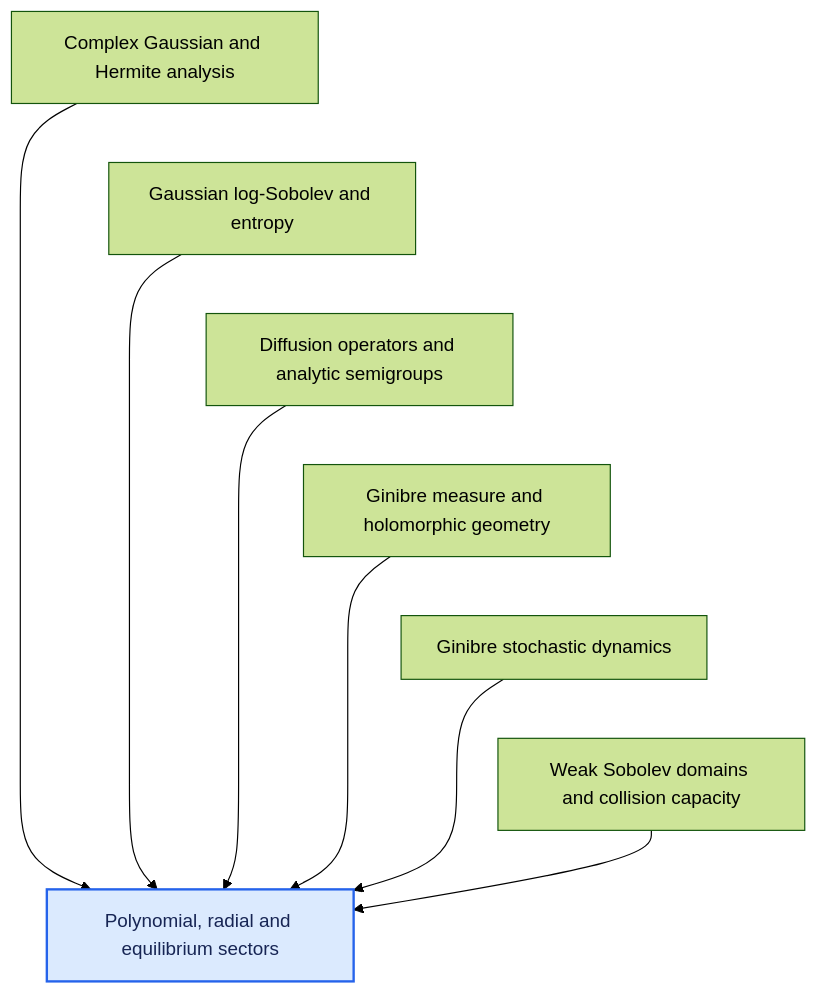
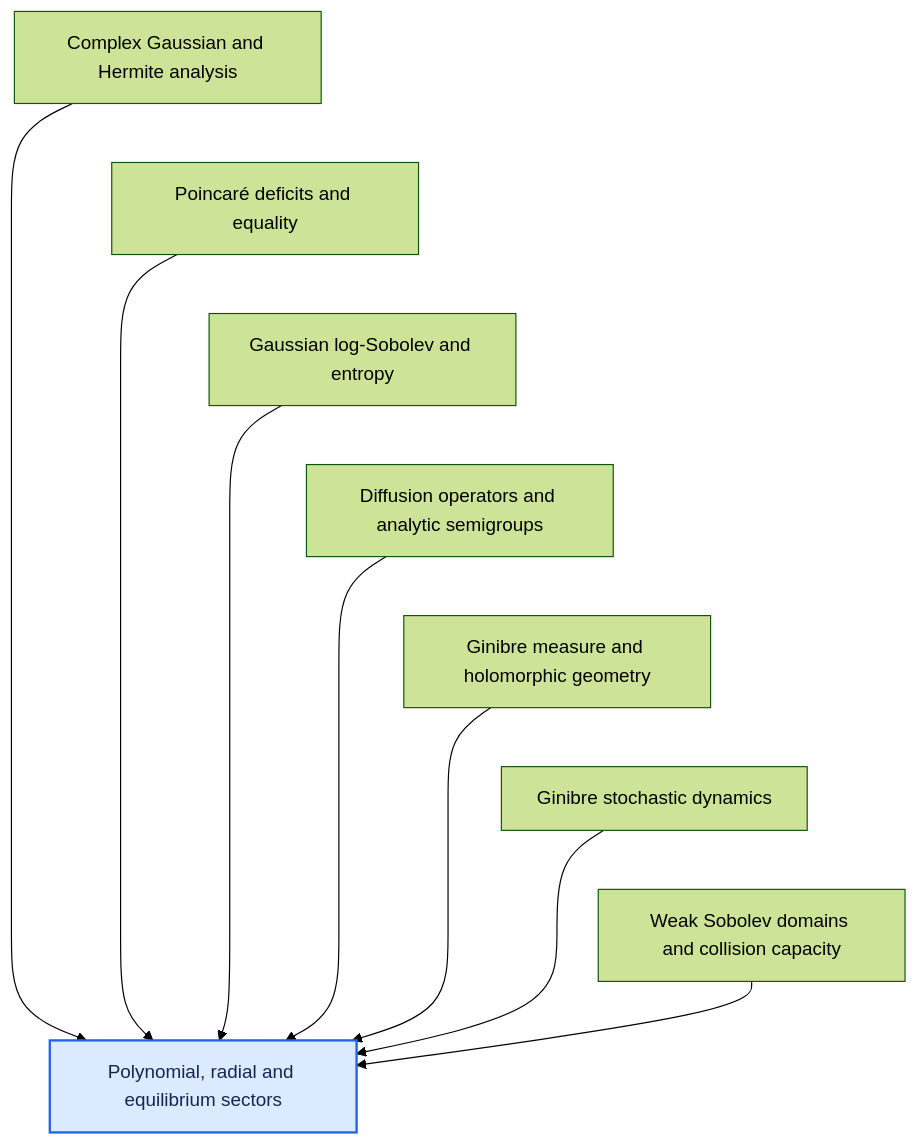
The sixth of 12 diagrams in DEPENDENCIES.md (djalilchafai/ginibre-poincare), drawn with Mermaid (forest theme) before and after one commit. The commit also changed other lines of this file and 418 other files, not shown here.

````diff
--- a/DEPENDENCIES.md
+++ b/DEPENDENCIES.md
@@ -162,16 +170,18 @@
 ```mermaid
 flowchart TB
   ComplexGaussianHermite["Complex Gaussian and Hermite analysis"] --> PolynomialRadial["Polynomial, radial and equilibrium sectors"]
+  DeficitsEquality["Poincaré deficits and equality"] --> PolynomialRadial["Polynomial, radial and equilibrium sectors"]
   GaussianLSI["Gaussian log-Sobolev and entropy"] --> PolynomialRadial["Polynomial, radial and equilibrium sectors"]
   GeneratorSemigroup["Diffusion operators and analytic semigroups"] --> PolynomialRadial["Polynomial, radial and equilibrium sectors"]
   GinibreMeasureGeometry["Ginibre measure and holomorphic geometry"] --> PolynomialRadial["Polynomial, radial and equilibrium sectors"]
   StochasticDynamics["Ginibre stochastic dynamics"] --> PolynomialRadial["Polynomial, radial and equilibrium sectors"]
   WeakSobolev["Weak Sobolev domains and collision capacity"] --> PolynomialRadial["Polynomial, radial and equilibrium sectors"]
-  ComplexGaussianHermite ~~~ GaussianLSI
+  ComplexGaussianHermite ~~~ DeficitsEquality
+  DeficitsEquality ~~~ GaussianLSI
   GaussianLSI ~~~ GeneratorSemigroup
   GeneratorSemigroup ~~~ GinibreMeasureGeometry
   GinibreMeasureGeometry ~~~ StochasticDynamics
   StochasticDynamics ~~~ WeakSobolev
   classDef target fill:#dbeafe,stroke:#2563eb,stroke-width:2px,color:#172554;
   class PolynomialRadial target;
 ```
````
